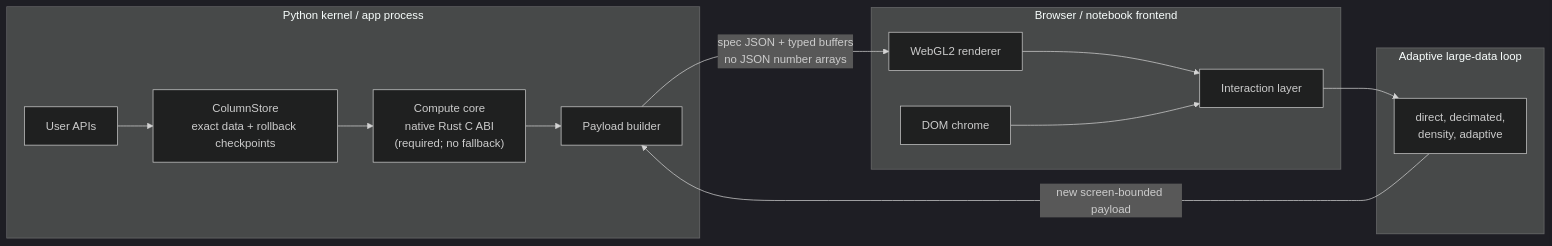
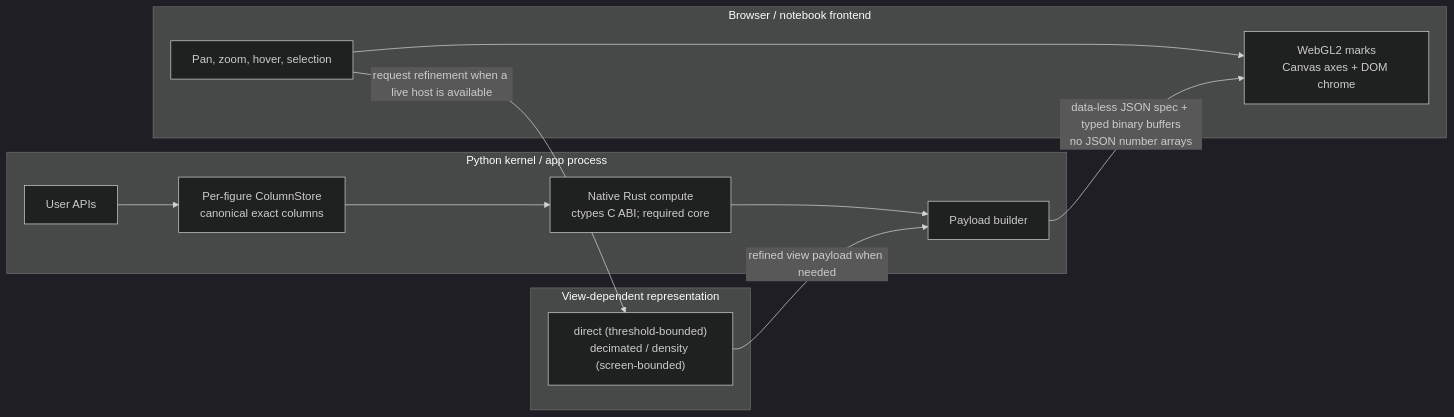
The diagram in README.md (reflex-dev/xy), drawn with Mermaid (dark theme) before and after one commit. The commit also changed other lines of this file, not shown here.

Commit message:
Clarify README architecture diagram

````diff
--- a/README.md
+++ b/README.md
@@ -132,21 +132,19 @@
 ```mermaid
 flowchart LR
     subgraph PY["Python kernel / app process"]
-        API["User APIs"] --> STORE["ColumnStore<br/>exact data + rollback checkpoints"]
-        STORE --> CORE["Compute core<br/>native Rust C ABI<br/>(required; no fallback)"]
+        API["User APIs"] --> STORE["Per-figure ColumnStore<br/>canonical exact columns"]
+        STORE --> CORE["Native Rust compute<br/>ctypes C ABI; required core"]
         CORE --> PAYLOAD["Payload builder"]
     end
     subgraph UI["Browser / notebook frontend"]
-        WEBGL["WebGL2 renderer"]
-        DOM["DOM chrome"]
-        INPUT["Interaction layer"]
-        WEBGL --> INPUT
-        DOM --> INPUT
+        RENDER["WebGL2 marks<br/>Canvas axes + DOM chrome"]
+        INPUT["Pan, zoom, hover, selection"]
+        INPUT --> RENDER
     end
-    subgraph LOD["Adaptive large-data loop"]
-        MODE["direct, decimated,<br/>density, adaptive"]
+    subgraph LOD["View-dependent representation"]
+        MODE["direct (threshold-bounded)<br/>decimated / density (screen-bounded)"]
     end
-    PAYLOAD -- "spec JSON + typed buffers<br/>no JSON number arrays" --> WEBGL
-    INPUT --> MODE
-    MODE -- "new screen-bounded payload" --> PAYLOAD
+    PAYLOAD -- "data-less JSON spec + typed binary buffers<br/>no JSON number arrays" --> RENDER
+    INPUT -- "request refinement when a live host is available" --> MODE
+    MODE -- "refined view payload when needed" --> PAYLOAD
 ```
````
